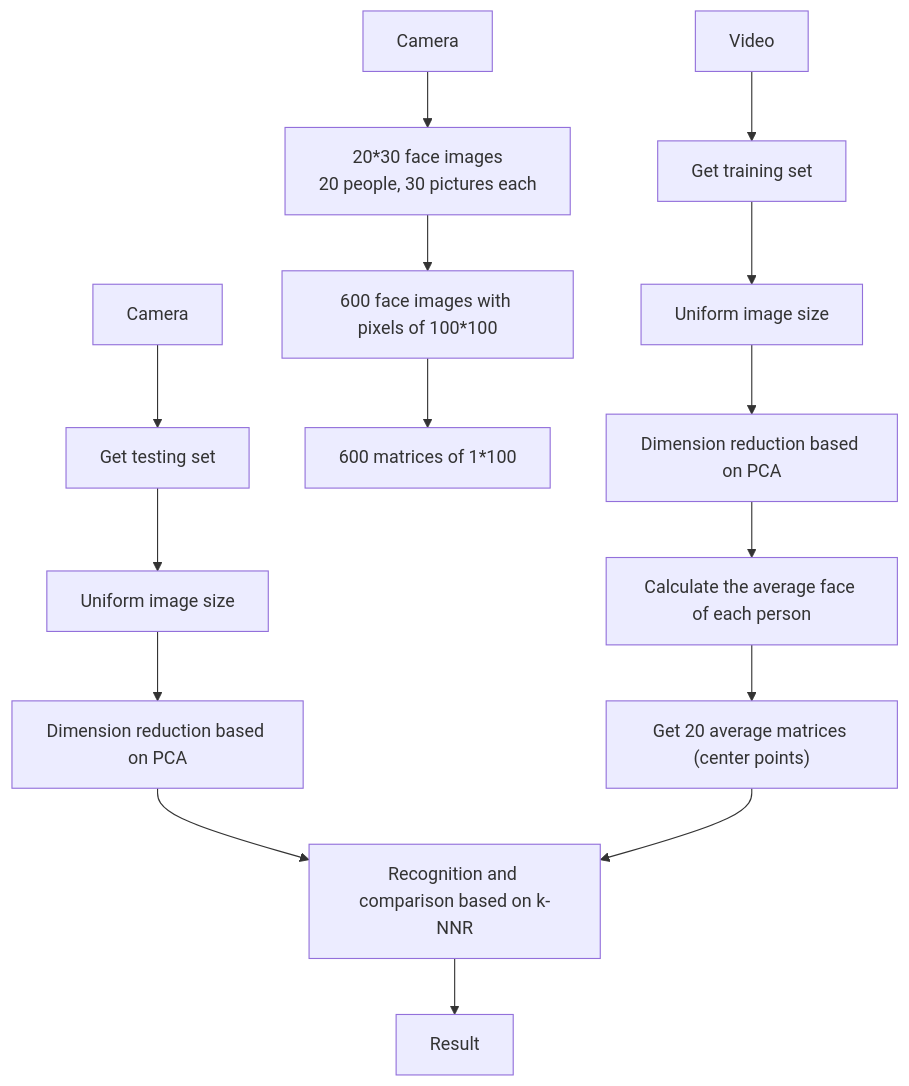
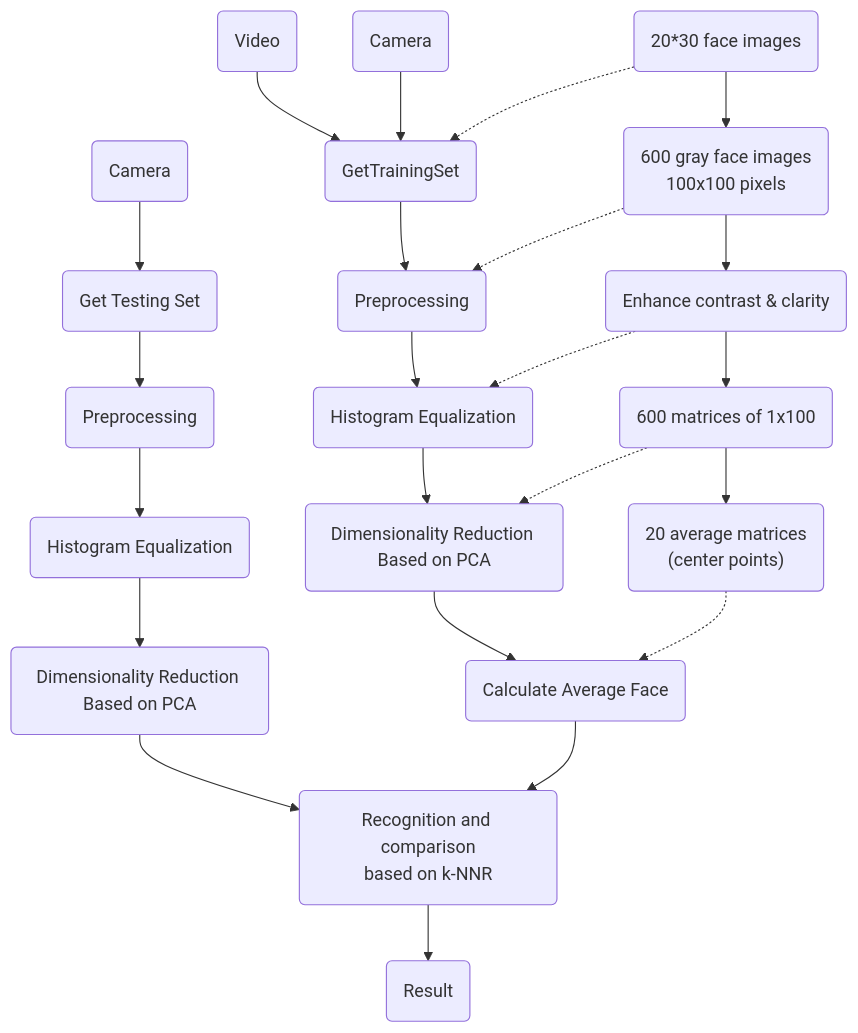
The diagram in Project Report/README.md (letianjiang05/G0191-Project-PCA-in-face-recognition), drawn with Mermaid before and after one commit. The commit also changed other lines of this file, not shown here.

Commit message:
fix: update system flow chart for improved clarity and accuracy in face recognition process

````diff
--- a/Project Report/README.md
+++ b/Project Report/README.md
@@ -6,17 +6,30 @@
 ```mermaid
-graph TD
-    A[Camera] --> B[Get testing set]
-    C[Video] --> D[Get training set]
-    E[Camera] --> F[20*30 face images<br>20 people, 30 pictures each]
-    F --> G[600 face images with pixels of 100*100]
-    G --> H[600 matrices of 1*100]
-    B --> I[Uniform image size]
-    D --> J[Uniform image size]
-    I --> K[Dimension reduction based on PCA]
-    J --> L[Dimension reduction based on PCA]
-    L --> M[Calculate the average face of each person]
-    M --> N["Get 20 average matrices (center points)"]
-    K --> O[Recognition and comparison based on k-NNR]
-    N --> O
-    O --> P[Result]
+flowchart TD
+    A1(Camera) --> A2(Get Testing Set)
+    A2 --> A3(Preprocessing)
+    A3 --> A4(Histogram Equalization)
+    A4 --> A5(Dimensionality Reduction Based on PCA)
+
+    B1(Video) --> B2(GetTrainingSet)
+    B3(Camera) --> B2
+    B2 --> B4(Preprocessing)
+    B4 --> B5(Histogram Equalization)
+    B5 --> B6(Dimensionality Reduction Based on PCA)
+    B6 --> B7(Calculate Average Face)
+
+    C1(20*30 face images)
+    C1 --> C2(600 gray face images<br>100x100 pixels)
+    C2 --> C3(Enhance contrast & clarity)
+    C3 --> C4(600 matrices of 1x100)
+    C4 --> C5("20 average matrices<br>(center points)")
+    C5 -.-> B7
+    C4 -.-> B6
+    C3 -.-> B5
+    C2 -.-> B4
+    C1 -.-> B2
+
+  A5 --> D(Recognition and comparison<br>based on k-NNR)
+  B7 --> D
+  D --> E(Result)
+
 ```
````
